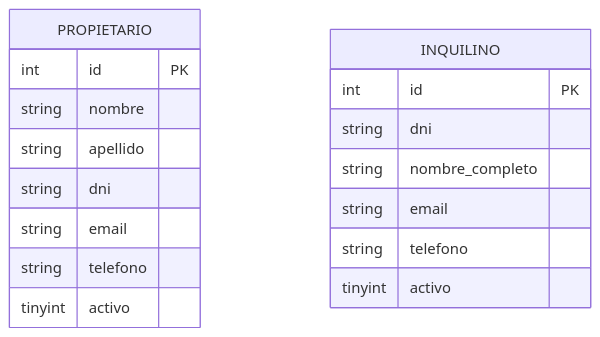
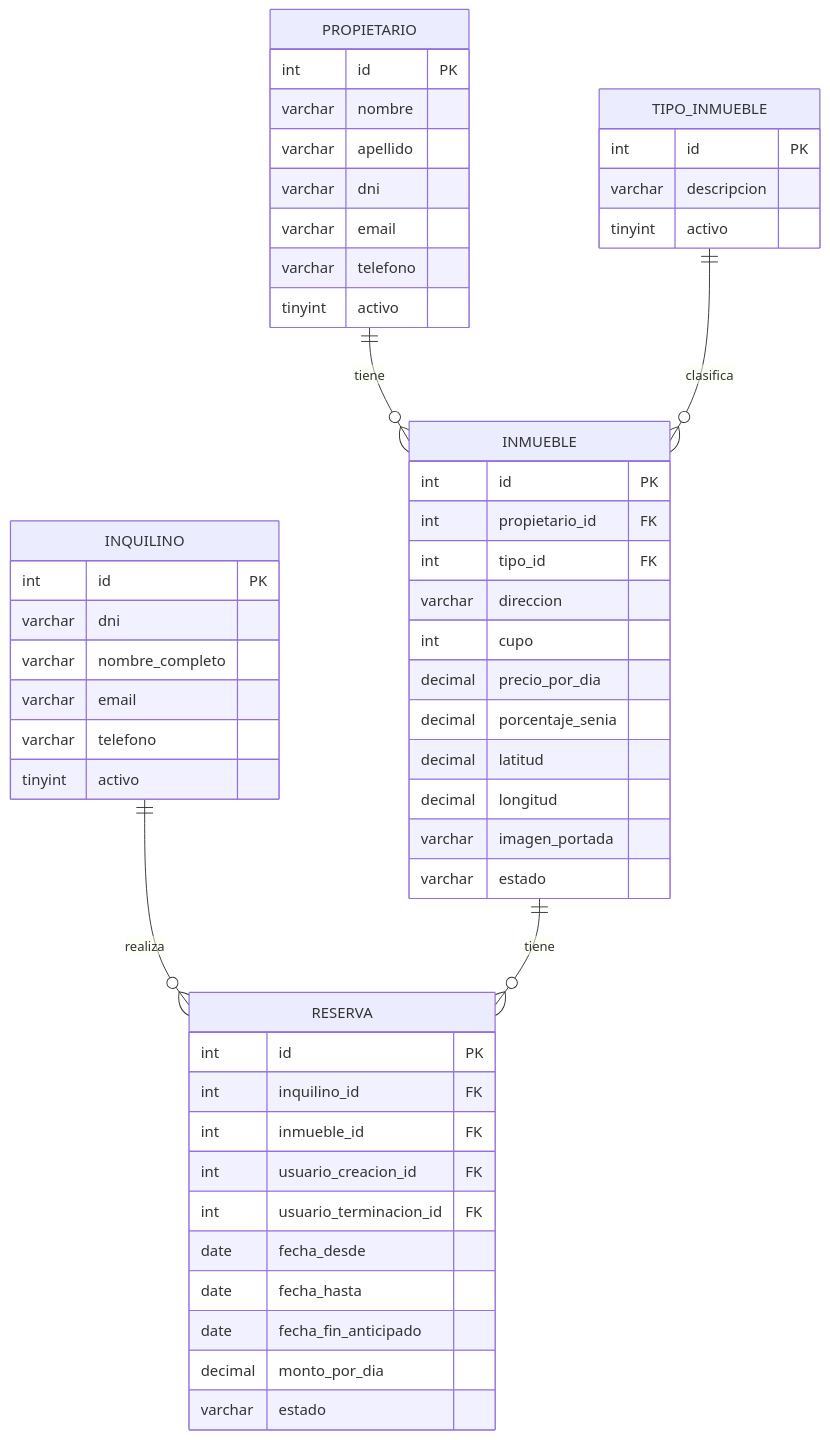
One commit to EmanuelAngel/inmobiliaria-angel changed the diagram in README.md. Above: the diagram before and after it, drawn with Mermaid. The commit also changed other lines of this file, not shown here.

Commit message:
docs(README): actualizar DER respecto a la segunda entrega

````diff
--- a/README.md
+++ b/README.md
@@ -94,21 +94,59 @@
 ```mermaid
 erDiagram
     PROPIETARIO {
         int id PK
-        string nombre
-        string apellido
-        string dni
-        string email
-        string telefono
+        varchar nombre
+        varchar apellido
+        varchar dni
+        varchar email
+        varchar telefono
         tinyint activo
     }
 
     INQUILINO {
         int id PK
-        string dni
-        string nombre_completo
-        string email
-        string telefono
+        varchar dni
+        varchar nombre_completo
+        varchar email
+        varchar telefono
         tinyint activo
     }
+
+    TIPO_INMUEBLE {
+        int id PK
+        varchar descripcion
+        tinyint activo
+    }
+
+    INMUEBLE {
+        int id PK
+        int propietario_id FK
+        int tipo_id FK
+        varchar direccion
+        int cupo
+        decimal precio_por_dia
+        decimal porcentaje_senia
+        decimal latitud
+        decimal longitud
+        varchar imagen_portada
+        varchar estado
+    }
+
+    RESERVA {
+        int id PK
+        int inquilino_id FK
+        int inmueble_id FK
+        int usuario_creacion_id FK
+        int usuario_terminacion_id FK
+        date fecha_desde
+        date fecha_hasta
+        date fecha_fin_anticipado
+        decimal monto_por_dia
+        varchar estado
+    }
+
+    PROPIETARIO ||--o{ INMUEBLE : "tiene"
+    TIPO_INMUEBLE ||--o{ INMUEBLE : "clasifica"
+    INQUILINO ||--o{ RESERVA : "realiza"
+    INMUEBLE ||--o{ RESERVA : "tiene"
 ```
````
